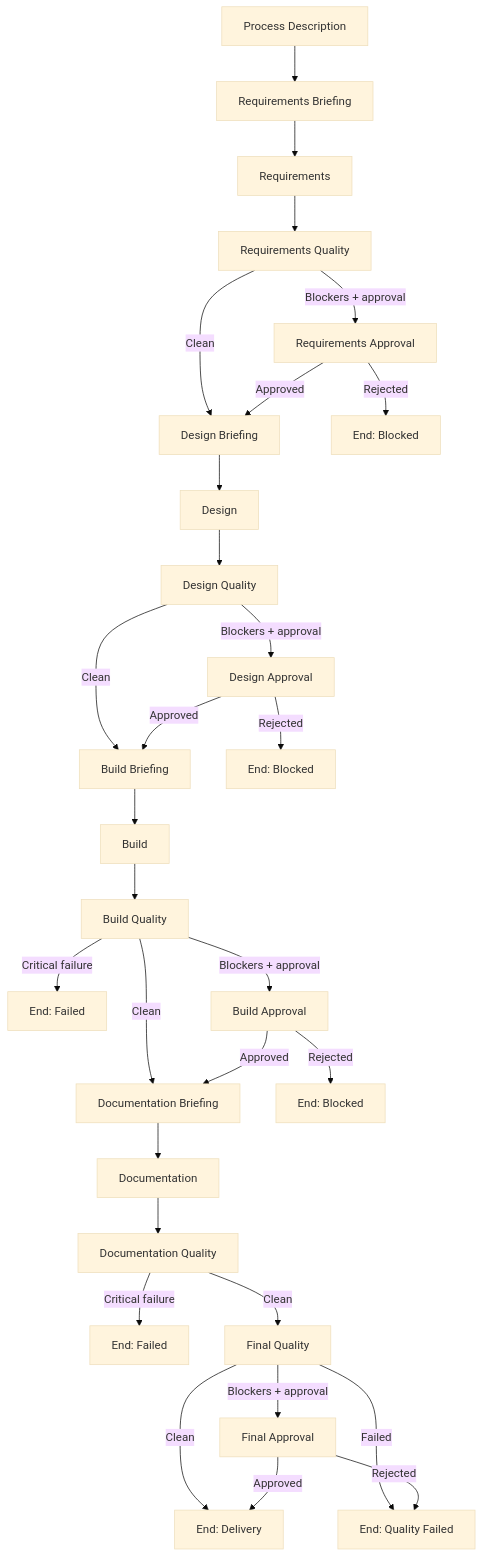
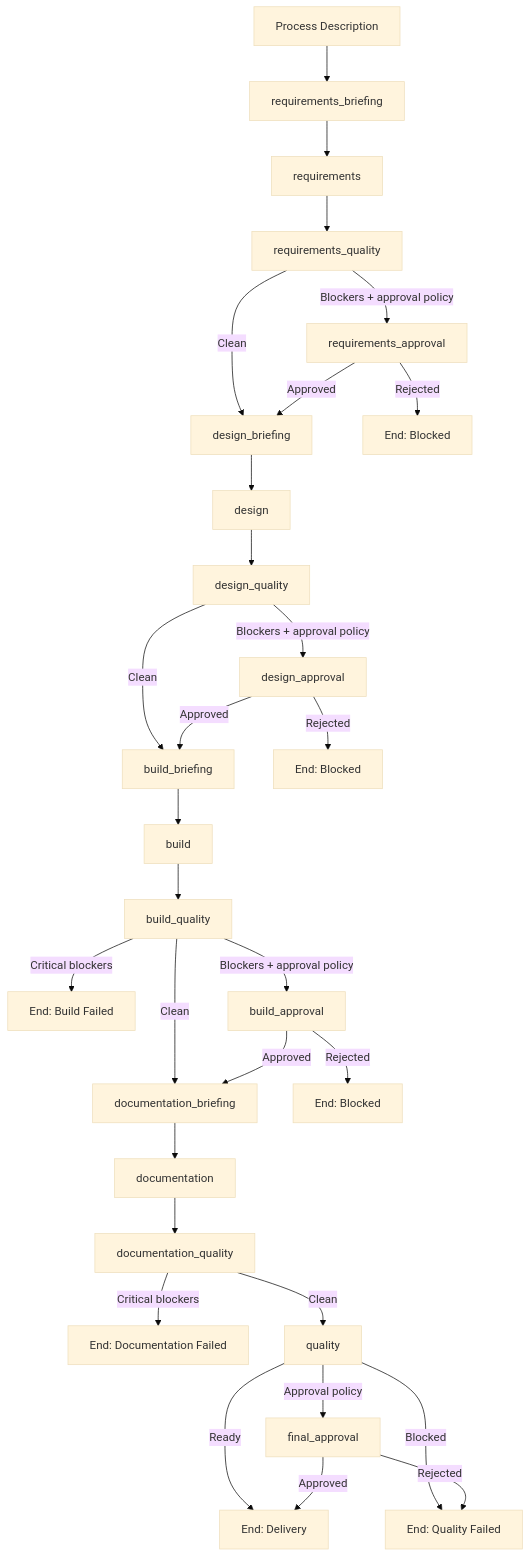
Before and after one commit to dag2932/uipath-multi-agent-system-public: the first of 2 diagrams in ARCHITECTURE.md, drawn with Mermaid (base theme). The commit also changed other lines of this file, not shown here.

Commit message:
Rework public architecture with node and data-flow detail

````diff
--- a/ARCHITECTURE.md
+++ b/ARCHITECTURE.md
@@ -41,36 +64,36 @@
 ```mermaid
 flowchart TD
-  A[Process Description] --> RB[Requirements Briefing]
-  RB --> R[Requirements]
-  R --> RQ[Requirements Quality]
-  RQ -->|Clean| DB[Design Briefing]
-  RQ -->|Blockers + approval| RA[Requirements Approval]
+  A[Process Description] --> RB[requirements_briefing]
+  RB --> R[requirements]
+  R --> RQ[requirements_quality]
+  RQ -->|Clean| DB[design_briefing]
+  RQ -->|Blockers + approval policy| RA[requirements_approval]
   RA -->|Approved| DB
   RA -->|Rejected| E1[End: Blocked]
 
-  DB --> D[Design]
-  D --> DQ[Design Quality]
-  DQ -->|Clean| BB[Build Briefing]
-  DQ -->|Blockers + approval| DA[Design Approval]
+  DB --> D[design]
+  D --> DQ[design_quality]
+  DQ -->|Clean| BB[build_briefing]
+  DQ -->|Blockers + approval policy| DA[design_approval]
   DA -->|Approved| BB
   DA -->|Rejected| E2[End: Blocked]
 
-  BB --> B[Build]
-  B --> BQ[Build Quality]
-  BQ -->|Critical failure| E3[End: Failed]
-  BQ -->|Blockers + approval| BA[Build Approval]
-  BQ -->|Clean| DocB[Documentation Briefing]
+  BB --> B[build]
+  B --> BQ[build_quality]
+  BQ -->|Critical blockers| E3[End: Build Failed]
+  BQ -->|Blockers + approval policy| BA[build_approval]
+  BQ -->|Clean| DocB[documentation_briefing]
   BA -->|Approved| DocB
   BA -->|Rejected| E4[End: Blocked]
 
-  DocB --> Doc[Documentation]
-  Doc --> DocQ[Documentation Quality]
-  DocQ -->|Critical failure| E5[End: Failed]
-  DocQ -->|Clean| Q[Final Quality]
+  DocB --> Doc[documentation]
+  Doc --> DocQ[documentation_quality]
+  DocQ -->|Critical blockers| E5[End: Documentation Failed]
+  DocQ -->|Clean| Q[quality]
 
-  Q -->|Clean| DEL[End: Delivery]
-  Q -->|Blockers + approval| FA[Final Approval]
-  Q -->|Failed| E6[End: Quality Failed]
+  Q -->|Ready| DEL[End: Delivery]
+  Q -->|Blocked| E6[End: Quality Failed]
+  Q -->|Approval policy| FA[final_approval]
   FA -->|Approved| DEL
   FA -->|Rejected| E6
 ```
````
